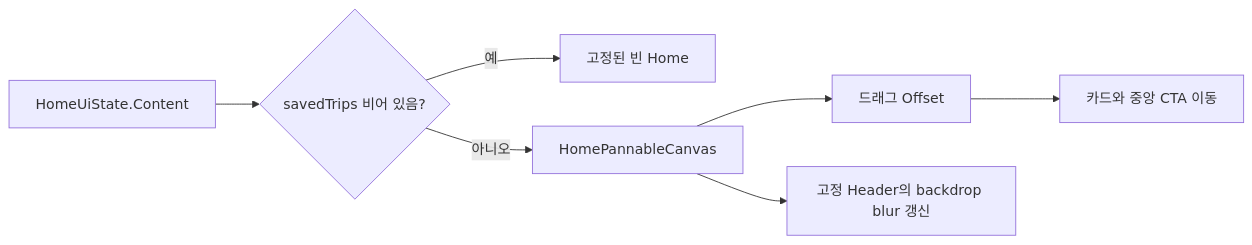
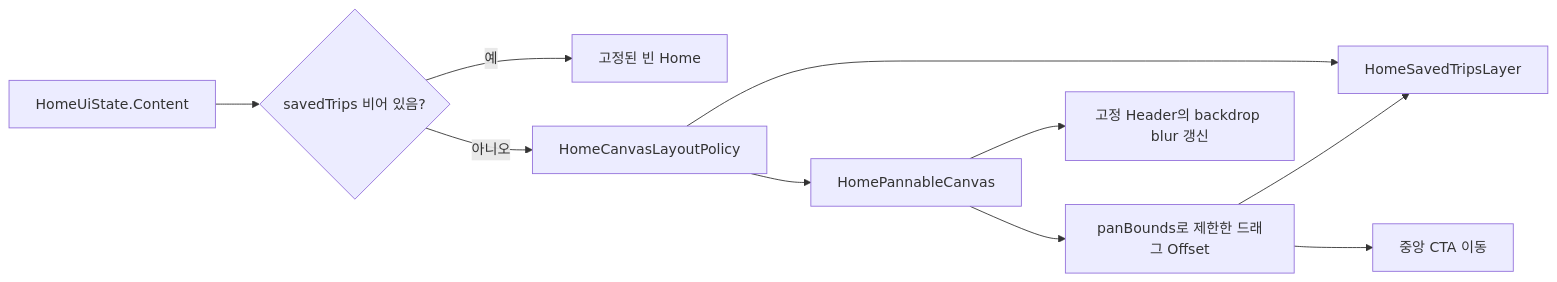
One commit to SAIRO14/SAIRO-ANDROID changed the diagram in docs/intermediate/pannable-home-canvas.md. Above: the diagram before and after it, drawn with Mermaid. The commit also changed other lines of this file and 2 other files, not shown here.

````diff
--- a/docs/intermediate/pannable-home-canvas.md
+++ b/docs/intermediate/pannable-home-canvas.md
@@ -51,9 +53,12 @@
 ```mermaid
 flowchart LR
     S["HomeUiState.Content"] --> L{"savedTrips 비어 있음?"}
     L -->|"예"| E["고정된 빈 Home"]
-    L -->|"아니오"| C["HomePannableCanvas"]
-    C --> D["드래그 Offset"]
-    D --> P["카드와 중앙 CTA 이동"]
+    L -->|"아니오"| P["HomeCanvasLayoutPolicy"]
+    P --> C["HomePannableCanvas"]
+    P --> T["HomeSavedTripsLayer"]
+    C --> D["panBounds로 제한한 드래그 Offset"]
+    D --> T
+    D --> CTA["중앙 CTA 이동"]
     C --> H["고정 Header의 backdrop blur 갱신"]
 ```
````
